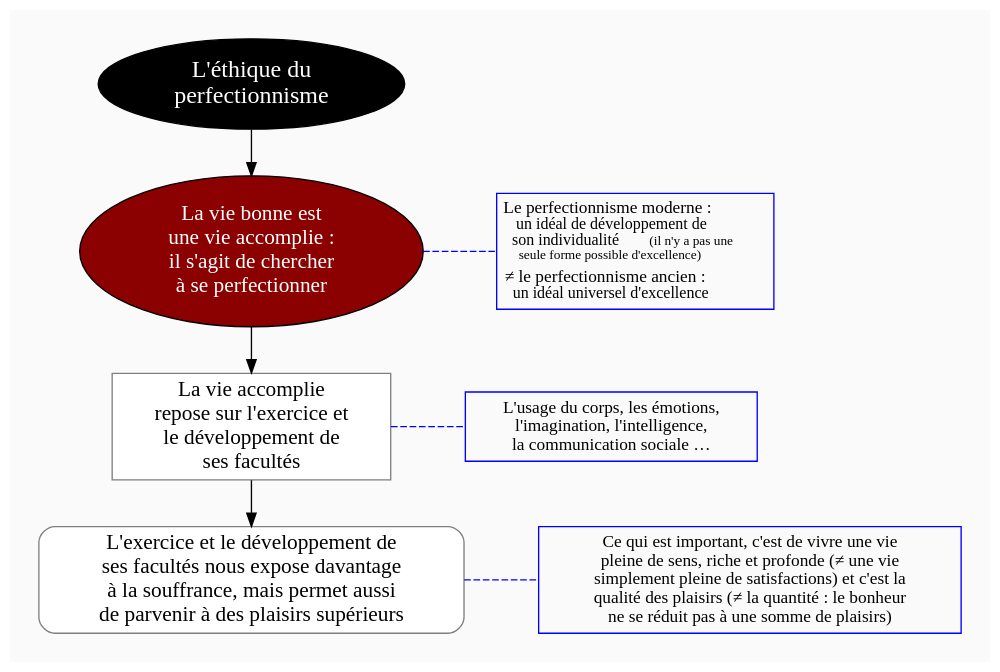
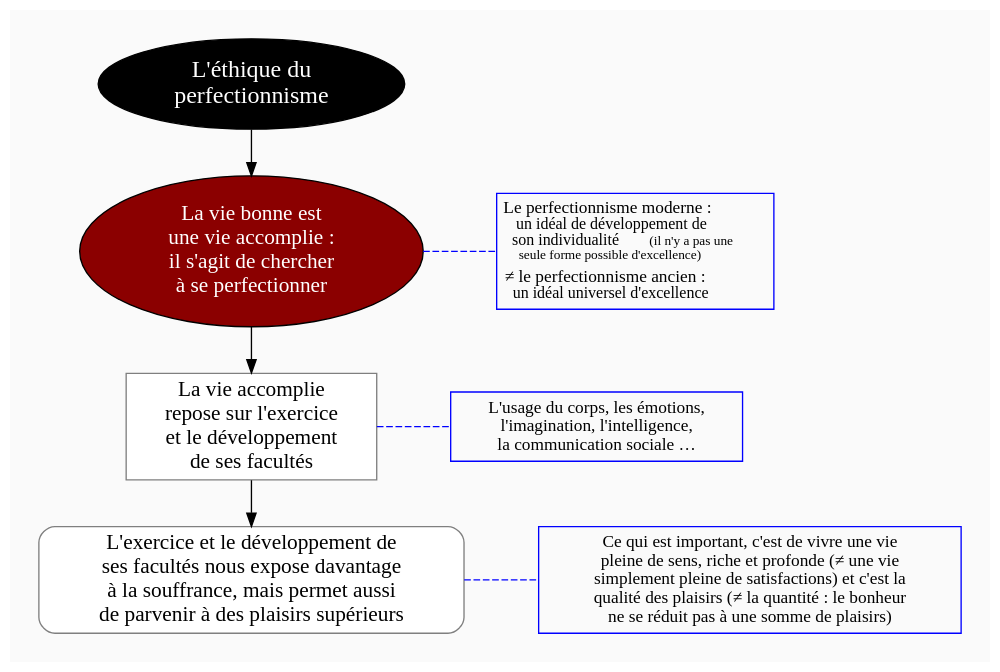
The diagram in diagram/perfectionnisme.dot (eyssette/graphviz-examples), drawn with Graphviz before and after one commit.

```diff
--- a/diagram/perfectionnisme.dot
+++ b/diagram/perfectionnisme.dot
@@ -1,95 +1,95 @@
 digraph G {
 // Template : diagram
 // Usage : cours sur le bonheur et le désir
 // Référence : perfectionnisme moral
 
 //rankdir=LR
 splines=true
 //splines=curved
 bgcolor=grey98
 pad=0.3
 style=filled
 edge[minlen=4]
 ranksep=0.1
 nodesep=0.2 // valeur à changer ?
 
 // NIVEAU 1
 node[style=filled; fillcolor=12 ; fontcolor=white ; fontsize=18]
 // a1[label=""]
 a1[label="L'éthique du
 perfectionnisme"]
 
 
 // NIVEAU 2
 node[style=filled;fillcolor=red4;fontcolor=white; fontsize=16]
 // b1[label=""]
 a1->b1[headport=n]
 
 b1[label="La vie bonne est
 une vie accomplie :
 il s'agit de chercher
 à se perfectionner"]
 
 // NIVEAU 3 (sans intermédiaire)
 node [shape=box; style=filled;fillcolor=white;fontcolor=black;color=grey50]
 // c1[label=""]
 b1->c1
 c1[label="La vie accomplie
-repose sur l'exercice et
-le développement de
-ses facultés"]
+repose sur l'exercice
+et le développement
+de ses facultés"]
 
 // INTERMEDIAIRE AVANT NIVEAU 3
 node[style=filled;fillcolor=grey78;shape=oval]
 // [arrowhead=none]
 // bc1[label=""]
 
 // NIVEAU 3 (avec intermédiaire)
 node[style="filled";fillcolor=white;shape=box;color=grey50]
 // c1[label=""]
 
 // NIVEAU 4
 node[style="filled, rounded";fillcolor=white;shape=box;color=grey50]
 // d1[label=""]
 c1->d1
 d1[label="L'exercice et le développement de
 ses facultés nous expose davantage
 à la souffrance, mais permet aussi
 de parvenir à des plaisirs supérieurs"]
 
 // ETIQUETTES EN ROUGE
 node[shape=plaintext;fontcolor=firebrick3;fillcolor=grey98]
 // e1[label=< <B>= Titre</B><BR /><BR />Contenu<BR /> >]
 // e1[label=""]
 // ->e1[minlen=1;style=invis]
 
 
 // Remarques
 node[color=blue;shape=box;style=filled;margin=0.07;fontcolor=black;fontsize=13]
 edge[color=blue;arrowhead="none";xlabel="";style=dashed]
 // r1[label=""]
 // {rank=same;->r1}
 // {rank=same;r1->[dir=back]}
 
 {rank=same;b1->r1}
 {rank=same;c1->r2}
 {rank=same;d1->r3}
 
 r1[label=<Le perfectionnisme moderne :<br/>
 <font point-size="12">un idéal de développement de<br/>
 son individualité </font><font point-size="10">(il n'y a pas une<br/>
 seule forme possible d'excellence)</font><br/>
 <font point-size="5"><br/></font>
 ≠ le perfectionnisme ancien :<br/>
 <font point-size="12">un idéal universel d'excellence<br/></font>>]
 r2[label="L'usage du corps, les émotions,
 l'imagination, l'intelligence,
 la communication sociale …"]
 r3[label="Ce qui est important, c'est de vivre une vie
 pleine de sens, riche et profonde (≠ une vie
 simplement pleine de satisfactions) et c'est la
 qualité des plaisirs (≠ la quantité : le bonheur
 ne se réduit pas à une somme de plaisirs)"]
 
 
 }
```
